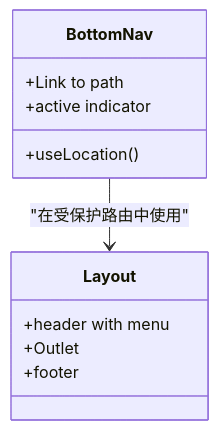
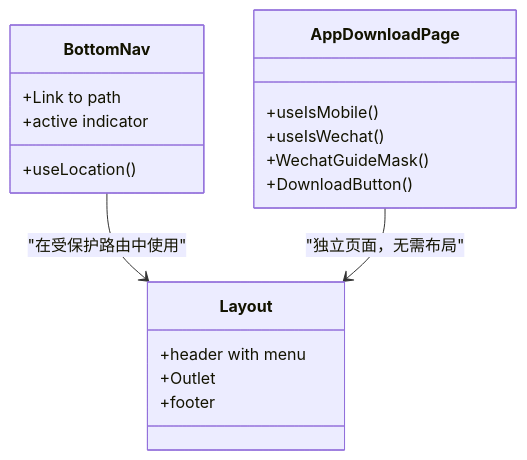
Before and after one commit to BlackWhiteBlock/med-vault-website: the seventh of 8 diagrams in .qoder/repowiki/zh/content/架构设计/路由系统设计.md, drawn with Mermaid. The commit also changed other lines of this file and 14 other files, not shown here.

````diff
--- a/.qoder/repowiki/zh/content/架构设计/路由系统设计.md
+++ b/.qoder/repowiki/zh/content/架构设计/路由系统设计.md
@@ -253,14 +279,21 @@
 ```mermaid
 classDiagram
 class BottomNav {
 +useLocation()
 +Link to path
 +active indicator
 }
 class Layout {
 +header with menu
 +Outlet
 +footer
 }
+class AppDownloadPage {
++useIsMobile()
++useIsWechat()
++WechatGuideMask()
++DownloadButton()
+}
 BottomNav --> Layout : "在受保护路由中使用"
+AppDownloadPage --> Layout : "独立页面，无需布局"
 ```
````
